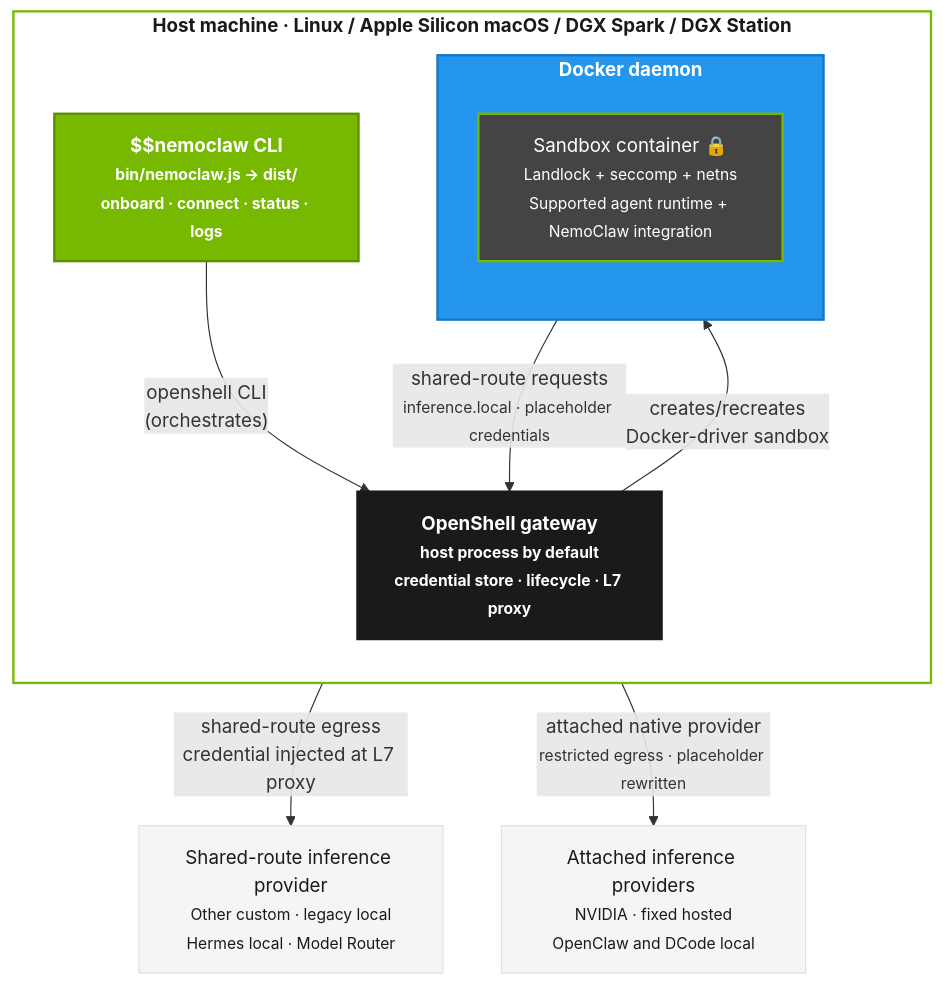
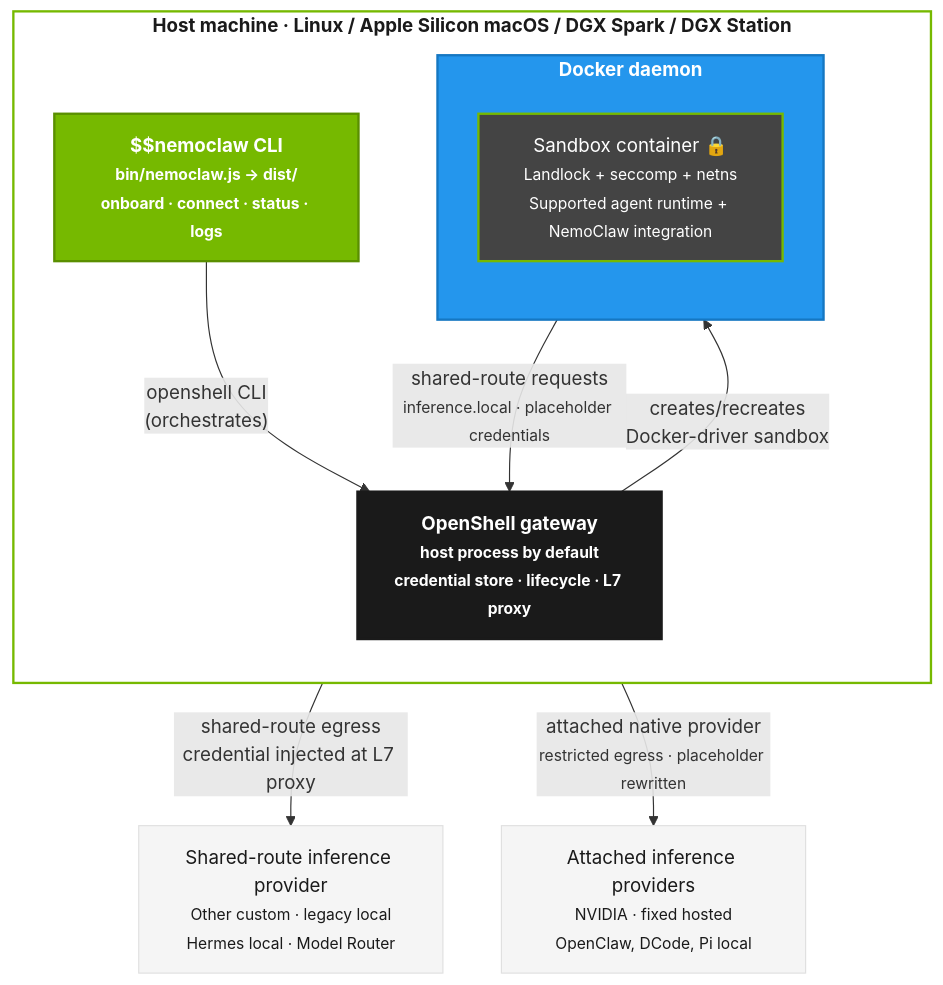
One commit to NVIDIA/NemoClaw changed the second of 3 diagrams in docs/reference/architecture.mdx. Above: the diagram before and after it, drawn with Mermaid. The commit also changed other lines of this file and 10 other files, not shown here.

````diff
--- a/docs/reference/architecture.mdx
+++ b/docs/reference/architecture.mdx
@@ -154,34 +154,34 @@
 ```mermaid
 graph TB
     classDef host fill:#fff,stroke:#76b900,stroke-width:2px,color:#1a1a1a,font-weight:bold
     classDef cli fill:#76b900,stroke:#5a8f00,color:#fff,stroke-width:2px,font-weight:bold
     classDef docker fill:#2496ed,stroke:#1577c2,color:#fff,stroke-width:2px,font-weight:bold
     classDef gateway fill:#1a1a1a,stroke:#1a1a1a,color:#fff,stroke-width:2px,font-weight:bold
     classDef sandbox fill:#444,stroke:#76b900,color:#fff,stroke-width:2px
     classDef external fill:#f5f5f5,stroke:#e0e0e0,color:#1a1a1a,stroke-width:1px
 
     subgraph HOST["Host machine · Linux / Apple Silicon macOS / DGX Spark / DGX Station"]
         direction TB
         CLI["$$nemoclaw CLI<br/><small>bin/nemoclaw.js → dist/<br/>onboard · connect · status · logs</small>"]:::cli
         GW["OpenShell gateway<br/><small>host process by default<br/>credential store · lifecycle · L7 proxy</small>"]:::gateway
 
         subgraph DOCKER["Docker daemon"]
             direction TB
             SANDBOX["Sandbox container 🔒<br/><small>Landlock + seccomp + netns<br/>Supported agent runtime + NemoClaw integration</small>"]:::sandbox
         end
     end
 
     SHARED_INFER["Shared-route inference provider<br/><small>Other custom · legacy local<br/>Hermes local · Model Router</small>"]:::external
-    NVIDIA_INFER["Attached inference providers<br/><small>NVIDIA · fixed hosted<br/>OpenClaw and DCode local</small>"]:::external
+    NVIDIA_INFER["Attached inference providers<br/><small>NVIDIA · fixed hosted<br/>OpenClaw, DCode, Pi local</small>"]:::external
 
     CLI -->|"openshell CLI<br/>(orchestrates)"| GW
     GW -->|"creates/recreates<br/>Docker-driver sandbox"| SANDBOX
     SANDBOX -->|"shared-route requests<br/><small>inference.local · placeholder credentials</small>"| GW
     GW -->|"shared-route egress<br/>credential injected at L7 proxy"| SHARED_INFER
     SANDBOX -->|"attached native provider<br/><small>restricted egress · placeholder rewritten</small>"| NVIDIA_INFER
 
     class HOST host
     class DOCKER docker
     class GW gateway
     class SANDBOX sandbox
 ```
````
